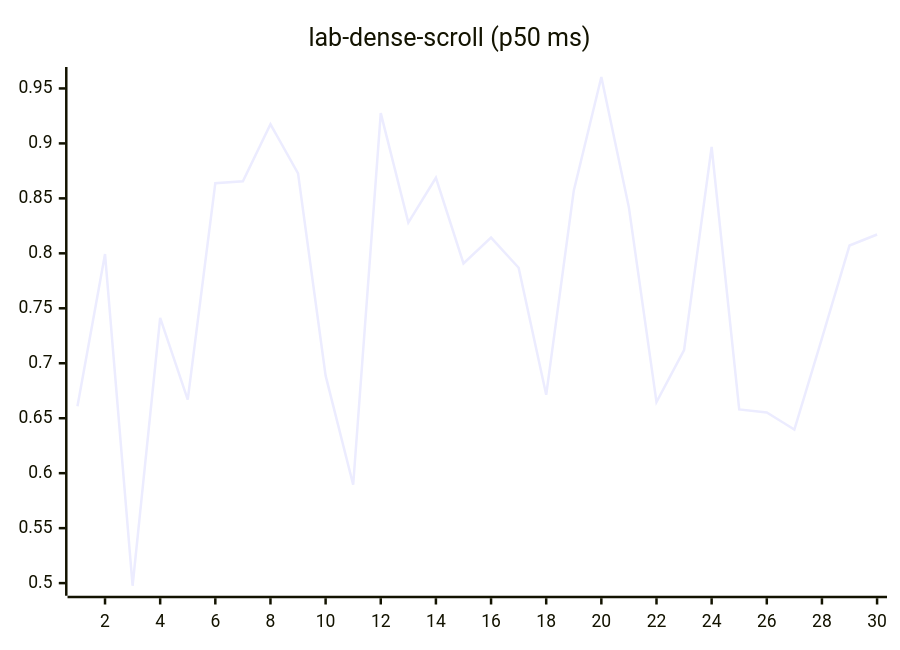
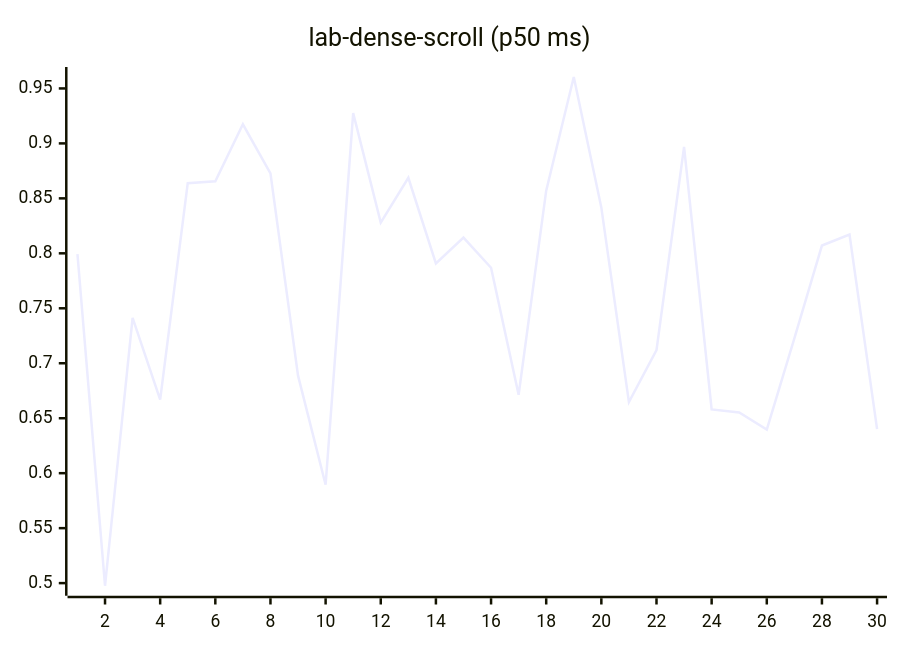
Diagram 12 of 27 in README.md (josha/Facet), drawn with Mermaid before and after one commit. The commit also changed other lines of this file and 2 other files, not shown here.

````diff
--- a/README.md
+++ b/README.md
@@ -140,6 +140,6 @@
 ```mermaid
 xychart-beta
     title "lab-dense-scroll (p50 ms)"
     x-axis 1 --> 30
-    line [0.6608, 0.7993, 0.4976, 0.7412, 0.6669, 0.8638, 0.8655, 0.9174, 0.8727, 0.6887, 0.5895, 0.9275, 0.8280, 0.8687, 0.7908, 0.8143, 0.7869, 0.6713, 0.8570, 0.9604, 0.8416, 0.6647, 0.7120, 0.8968, 0.6580, 0.6552, 0.6397, 0.7226, 0.8071, 0.8171]
+    line [0.7993, 0.4976, 0.7412, 0.6669, 0.8638, 0.8655, 0.9174, 0.8727, 0.6887, 0.5895, 0.9275, 0.8280, 0.8687, 0.7908, 0.8143, 0.7869, 0.6713, 0.8570, 0.9604, 0.8416, 0.6647, 0.7120, 0.8968, 0.6580, 0.6552, 0.6397, 0.7226, 0.8071, 0.8171, 0.6401]
 ```
````
